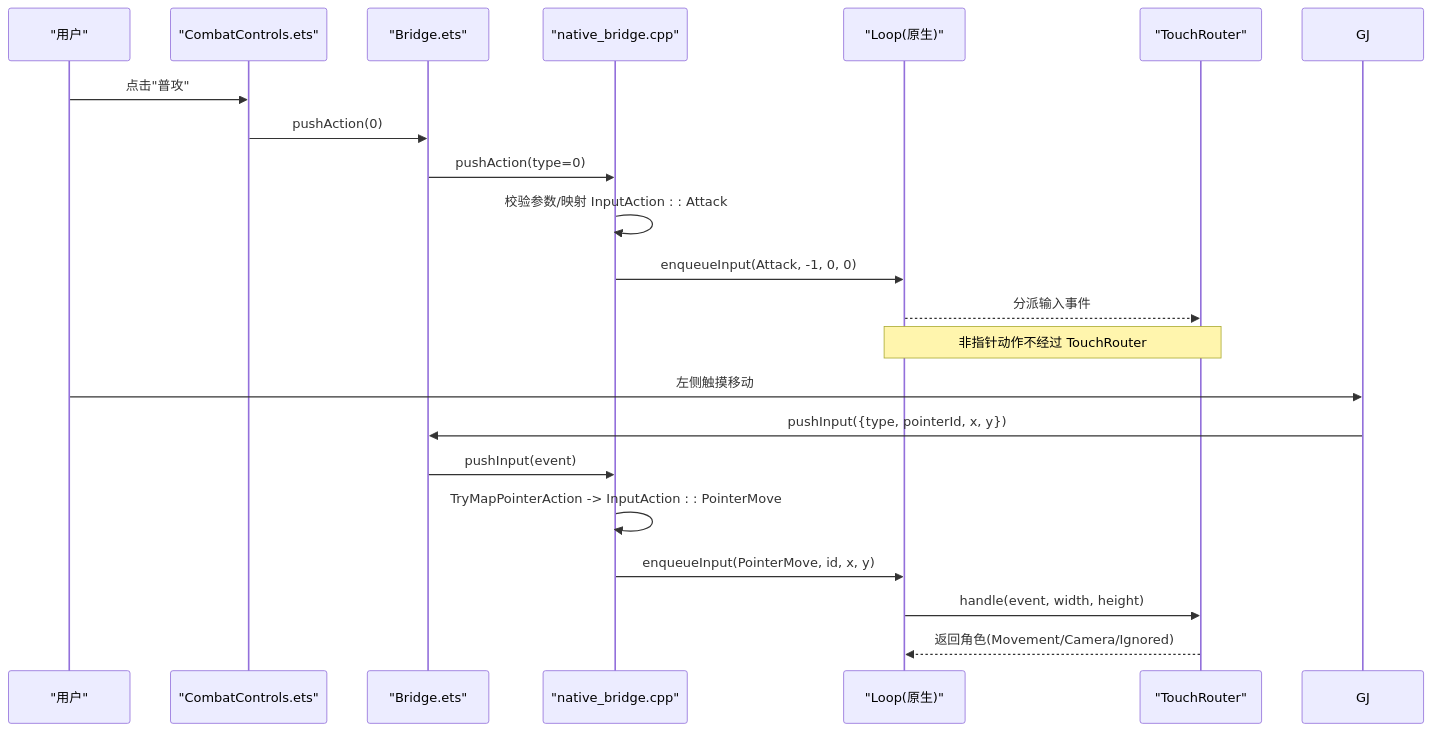
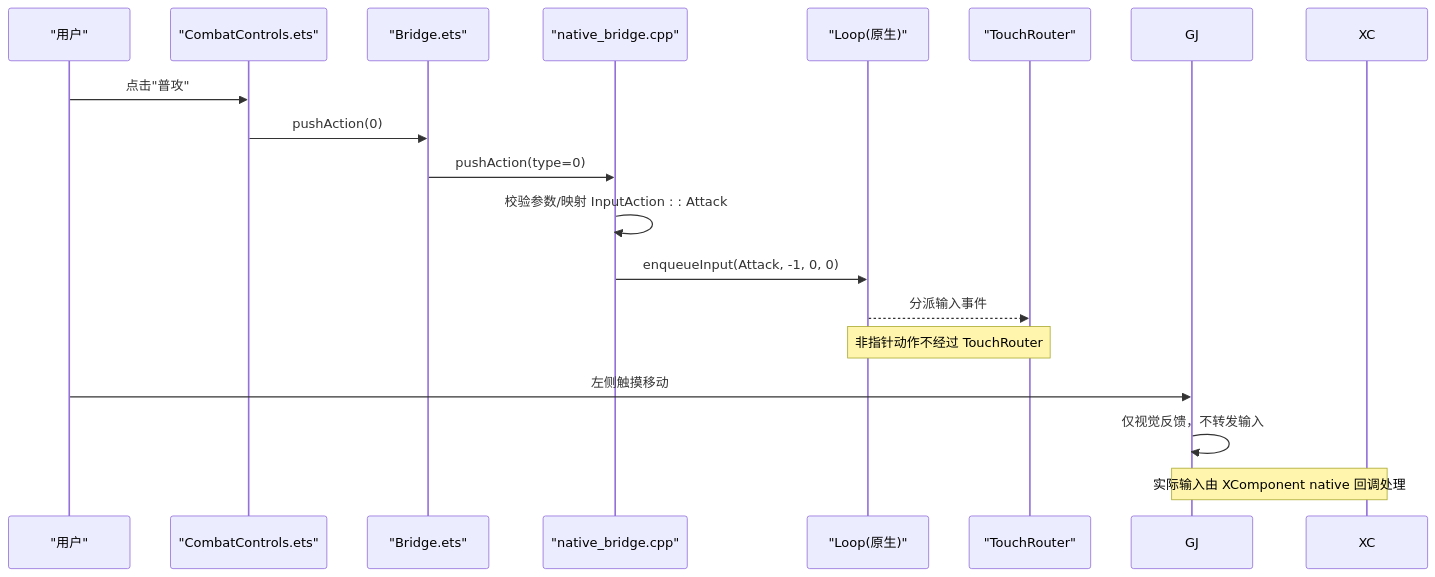
Before and after one commit to sj123sheng/my-world: the second of 8 diagrams in .qoder/repowiki/zh/content/前端界面系统/UI 组件系统/CombatControls 战斗控制组件.md, drawn with Mermaid. The commit also changed other lines of this file and 28 other files, not shown here.

````diff
--- a/.qoder/repowiki/zh/content/前端界面系统/UI 组件系统/CombatControls 战斗控制组件.md
+++ b/.qoder/repowiki/zh/content/前端界面系统/UI 组件系统/CombatControls 战斗控制组件.md
@@ -132,23 +131,19 @@
 ```mermaid
 sequenceDiagram
 participant U as "用户"
 participant CC as "CombatControls.ets"
 participant BJ as "Bridge.ets"
 participant NB as "native_bridge.cpp"
 participant L as "Loop(原生)"
 participant TR as "TouchRouter"
 U->>CC : 点击"普攻"
 CC->>BJ : pushAction(0)
 BJ->>NB : pushAction(type=0)
 NB->>NB : 校验参数/映射 InputAction : : Attack
 NB->>L : enqueueInput(Attack, -1, 0, 0)
 L-->>TR : 分派输入事件
 Note over L,TR : 非指针动作不经过 TouchRouter
 U->>GJ : 左侧触摸移动
-GJ->>BJ : pushInput({type, pointerId, x, y})
-BJ->>NB : pushInput(event)
-NB->>NB : TryMapPointerAction -> InputAction : : PointerMove
-NB->>L : enqueueInput(PointerMove, id, x, y)
-L->>TR : handle(event, width, height)
-TR-->>L : 返回角色(Movement/Camera/Ignored)
+GJ->>GJ : 仅视觉反馈，不转发输入
+Note over GJ,XC : 实际输入由 XComponent native 回调处理
 ```
````
